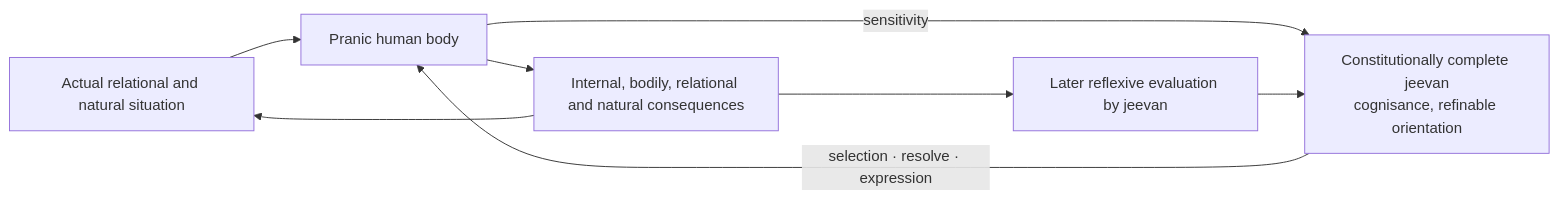
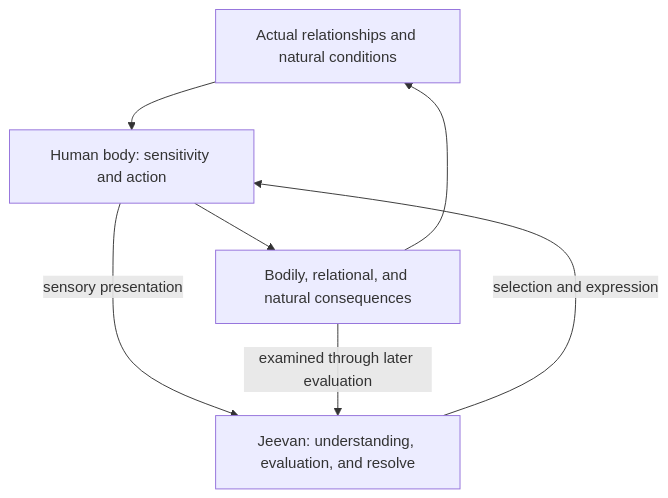
The second of 2 diagrams in Studies/A-State-Dynamic-Model-Of-Coexistence/A-State-Dynamic-Model-Of-Coexistence.md (raghavamohan/AnalyticMadhyasthDarshan), drawn with Mermaid before and after one commit. The commit also changed other lines of this file and 30 other files, not shown here.

````diff
--- a/Studies/A-State-Dynamic-Model-Of-Coexistence/A-State-Dynamic-Model-Of-Coexistence.md
+++ b/Studies/A-State-Dynamic-Model-Of-Coexistence/A-State-Dynamic-Model-Of-Coexistence.md
@@ -441,10 +288,9 @@
 ```mermaid
-flowchart LR
-    WORLD["Actual relational and natural situation"] --> BODY["Pranic human body"]
-    BODY -->|"sensitivity"| J["Constitutionally complete jeevan<br/>cognisance, refinable orientation"]
-    J -->|"selection · resolve · expression"| BODY
-    BODY --> CONSEQ["Internal, bodily, relational and natural consequences"]
+flowchart TB
+    WORLD["Actual relationships and natural conditions"] --> BODY["Human body: sensitivity and action"]
+    BODY -->|"sensory presentation"| J["Jeevan: understanding, evaluation, and resolve"]
+    J -->|"selection and expression"| BODY
+    BODY --> CONSEQ["Bodily, relational, and natural consequences"]
     CONSEQ --> WORLD
-    CONSEQ --> EVAL["Later reflexive evaluation by jeevan"]
-    EVAL --> J
+    CONSEQ -->|"examined through later evaluation"| J
 ```
````
